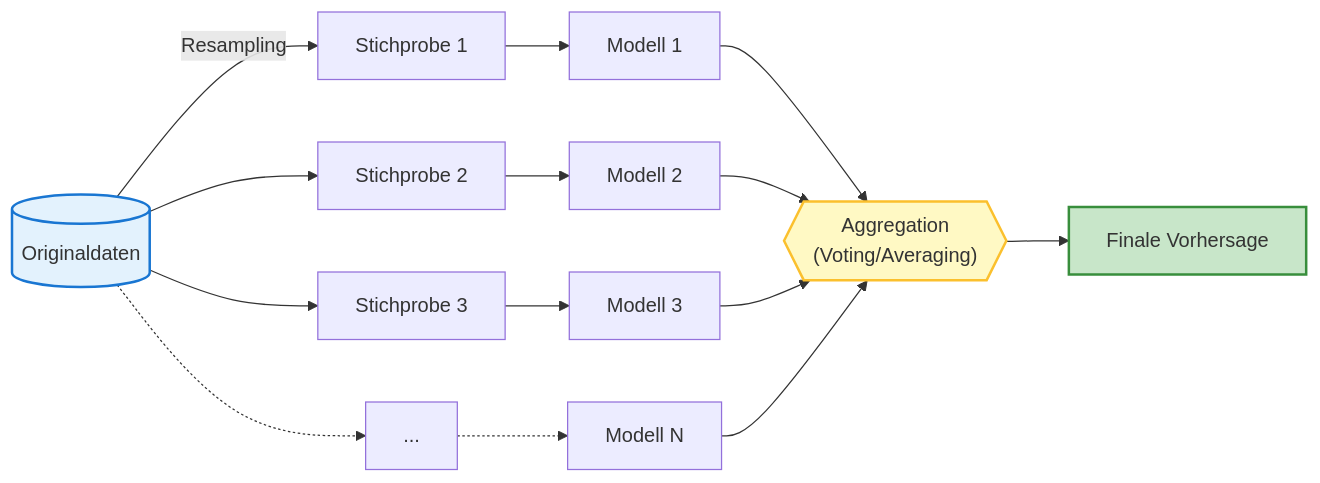
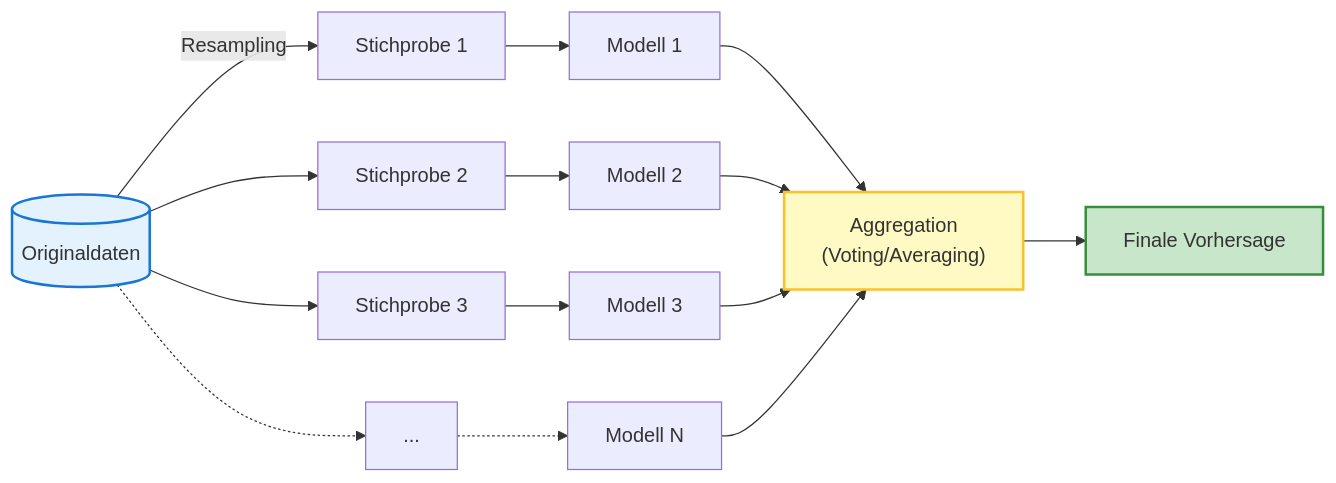
The second of 5 diagrams in docs/concepts/modeling/ensemble.md (ralf-42/ML_Intro), drawn with Mermaid before and after one commit. The commit also changed other lines of this file, not shown here.

````diff
--- a/docs/concepts/modeling/ensemble.md
+++ b/docs/concepts/modeling/ensemble.md
@@ -73,23 +73,23 @@
 ```mermaid
 flowchart LR
     D[("Originaldaten")] -- Resampling --> S1["Stichprobe 1"]
     D --> S2["Stichprobe 2"]
     D --> S3["Stichprobe 3"]
     D -.-> SN["..."]
 
     S1 --> M1["Modell 1"]
     S2 --> M2["Modell 2"]
     S3 --> M3["Modell 3"]
     SN -.-> MN["Modell N"]
 
-    M1 --> A{{"Aggregation<br/>(Voting/Averaging)"}}
+    M1 --> A["Aggregation<br/>(Voting/Averaging)"]
     M2 --> A
     M3 --> A
     MN --> A
 
     A --> P["Finale Vorhersage"]
 
     style D fill:#e3f2fd,stroke:#1976d2,stroke-width:2px
     style A fill:#fff9c4,stroke:#fbc02d,stroke-width:2px
     style P fill:#c8e6c9,stroke:#388e3c,stroke-width:2px
 ```
````
